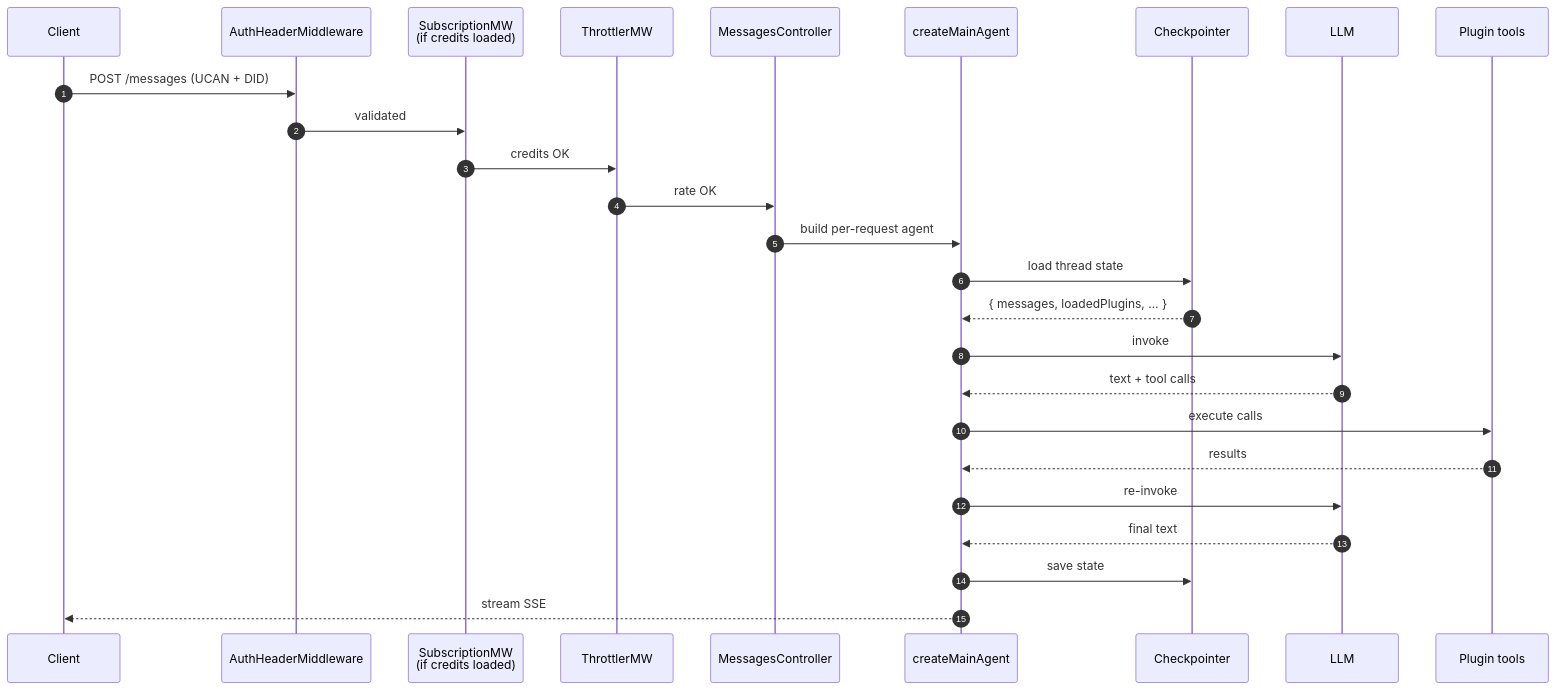
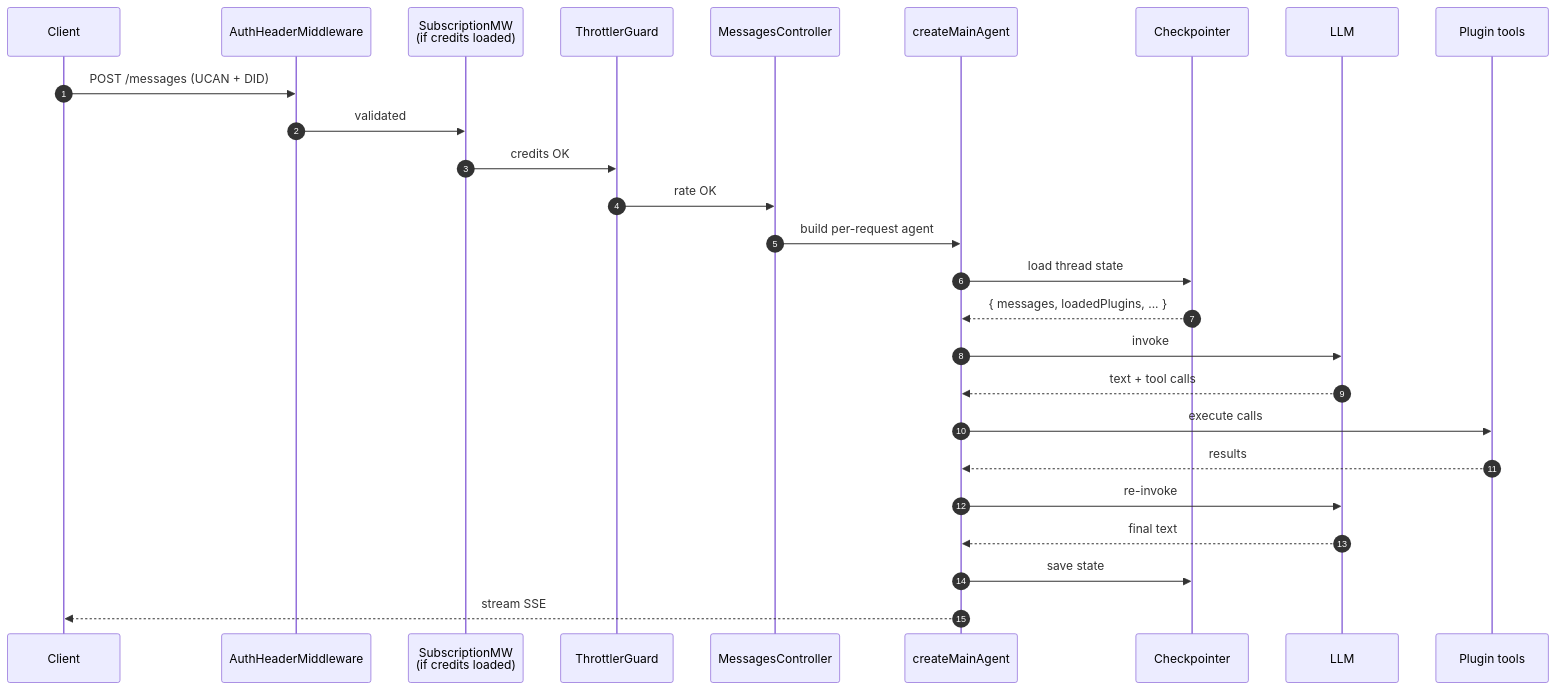
One commit to ixoworld/docs changed the diagram in build-an-oracle/understand/request-lifecycle.mdx. Above: the diagram before and after it, drawn with Mermaid. The commit also changed other lines of this file and 49 other files, not shown here.

````diff
--- a/build-an-oracle/understand/request-lifecycle.mdx
+++ b/build-an-oracle/understand/request-lifecycle.mdx
@@ -9,29 +9,29 @@
 ```mermaid
 sequenceDiagram
     autonumber
     participant Client
     participant Auth as AuthHeaderMiddleware
     participant Sub as SubscriptionMW<br/>(if credits loaded)
-    participant Throttle as ThrottlerMW
+    participant Throttle as ThrottlerGuard
     participant Ctrl as MessagesController
     participant Agent as createMainAgent
     participant Ckpt as Checkpointer
     participant LLM
     participant Tools as Plugin tools
 
     Client->>Auth: POST /messages (UCAN + DID)
     Auth->>Sub: validated
     Sub->>Throttle: credits OK
     Throttle->>Ctrl: rate OK
     Ctrl->>Agent: build per-request agent
     Agent->>Ckpt: load thread state
     Ckpt-->>Agent: { messages, loadedPlugins, ... }
     Agent->>LLM: invoke
     LLM-->>Agent: text + tool calls
     Agent->>Tools: execute calls
     Tools-->>Agent: results
     Agent->>LLM: re-invoke
     LLM-->>Agent: final text
     Agent->>Ckpt: save state
     Agent-->>Client: stream SSE
 ```
````
